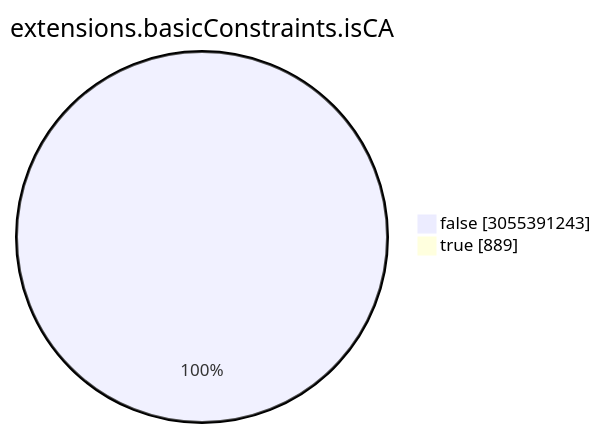
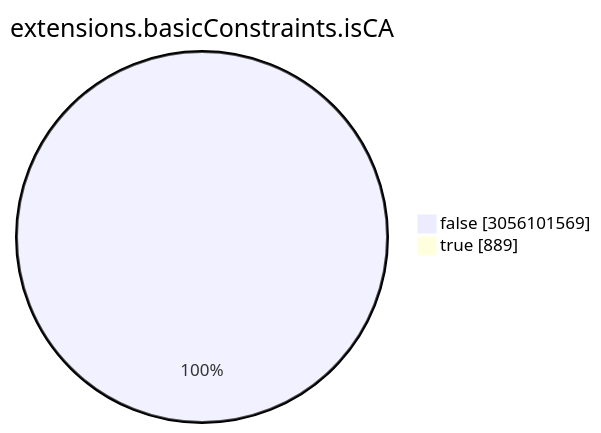
One commit to christiankrug/ctmonitor_visualization changed the seventh of 15 diagrams in TOTAL/README.md. Above: the diagram before and after it, drawn with Mermaid. The commit also changed other lines of this file, not shown here.

````diff
--- a/TOTAL/README.md
+++ b/TOTAL/README.md
@@ -3088,6 +3088,6 @@
 ```mermaid
 pie showData
 title extensions.basicConstraints.isCA
-"false" :3055391243
+"false" :3056101569
 "true" :889
 ```
````
